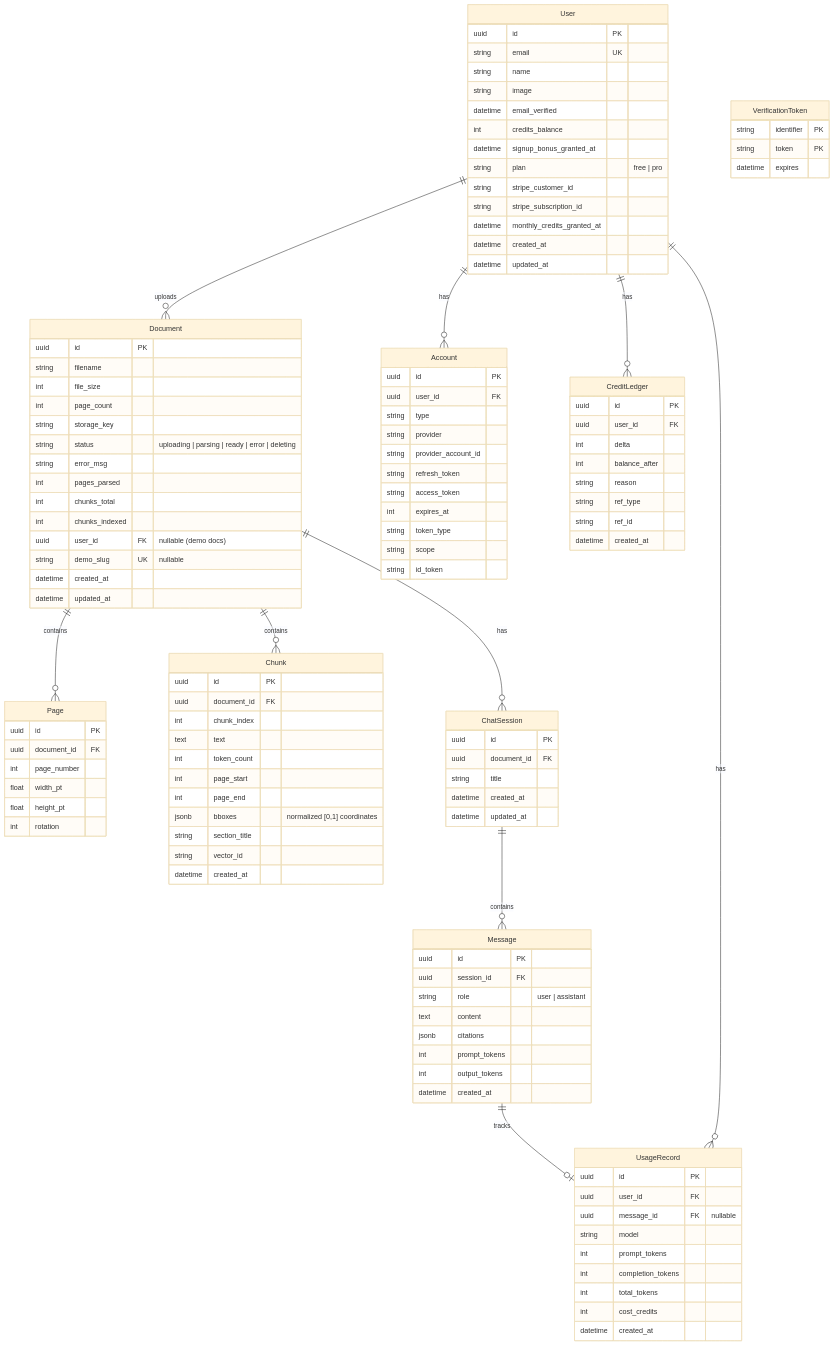
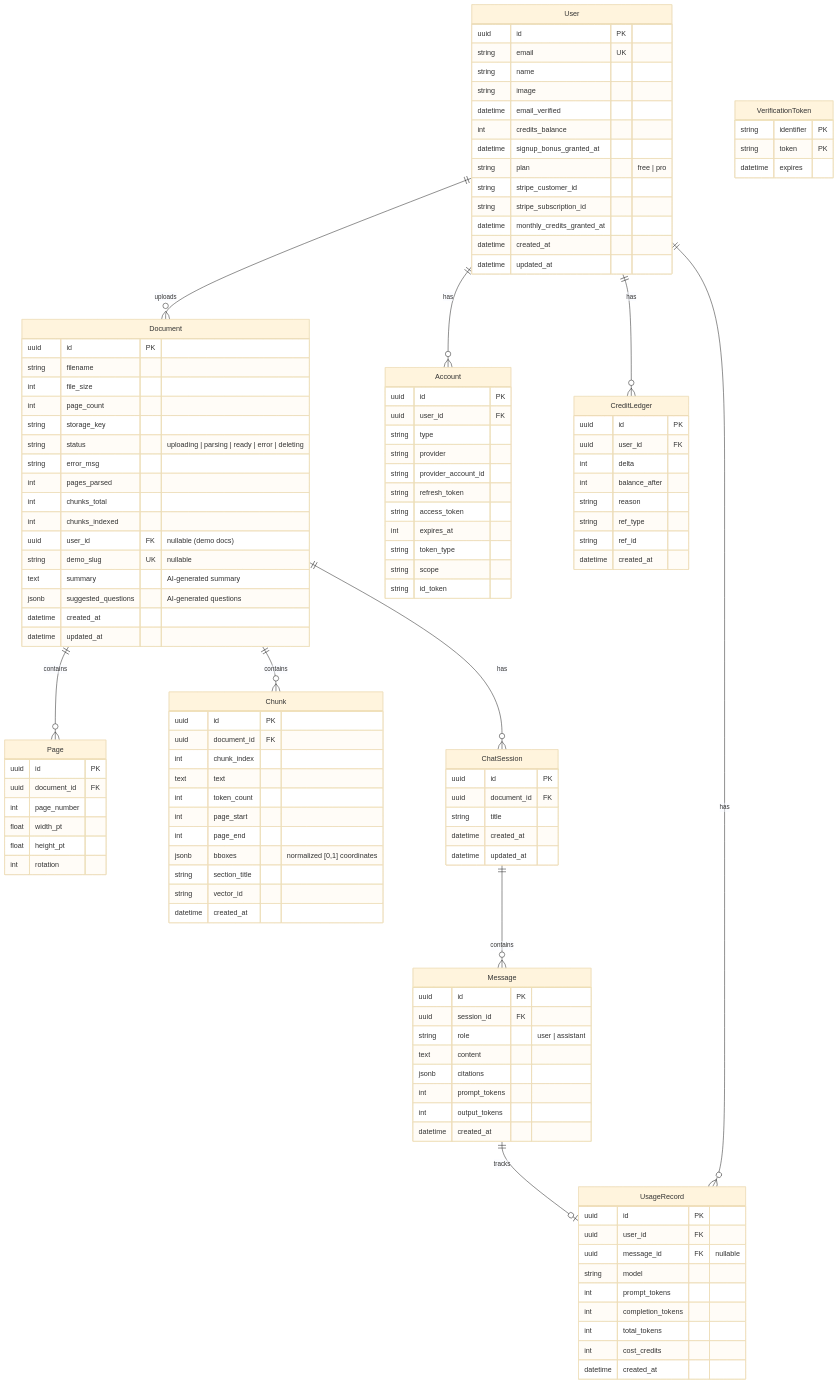
One commit to Rswcf/DocTalk changed the sixth of 8 diagrams in docs/ARCHITECTURE.md. Above: the diagram before and after it, drawn with Mermaid (base theme). The commit also changed other lines of this file and 4 other files, not shown here.

```diff
--- a/docs/ARCHITECTURE.md
+++ b/docs/ARCHITECTURE.md
@@ -347,6 +355,8 @@
         int chunks_indexed
         uuid user_id FK "nullable (demo docs)"
         string demo_slug UK "nullable"
+        text summary "AI-generated summary"
+        jsonb suggested_questions "AI-generated questions"
         datetime created_at
         datetime updated_at
     }
```
